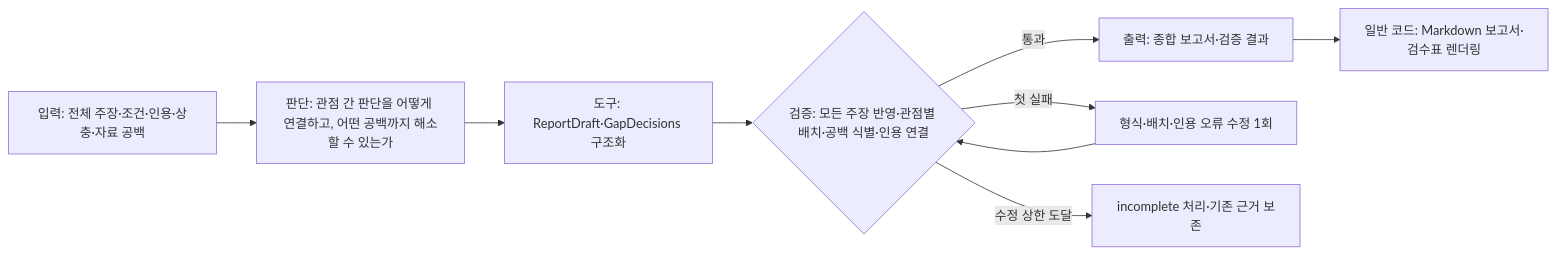
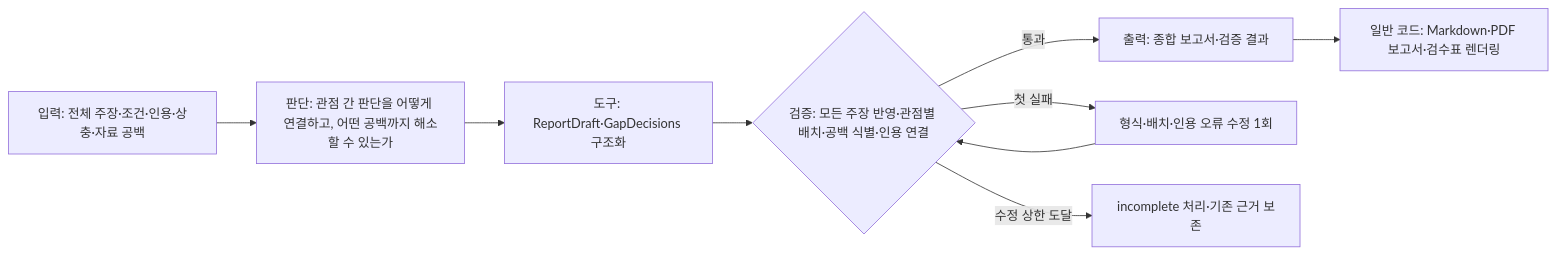
Before and after one commit to pbjuni1007-cmyk/skala-rag-project: the fifth of 7 diagrams in docs/design-report.md, drawn with Mermaid. The commit also changed other lines of this file and 3 other files, not shown here.

````diff
--- a/docs/design-report.md
+++ b/docs/design-report.md
@@ -152,11 +152,11 @@
 ```mermaid
 flowchart LR
     I["입력: 전체 주장·조건·인용·상충·자료 공백"] --> J["판단: 관점 간 판단을 어떻게 연결하고, 어떤 공백까지 해소할 수 있는가"]
     J --> D["도구: ReportDraft·GapDecisions 구조화"]
     D --> V{"검증: 모든 주장 반영·관점별 배치·공백 식별·인용 연결"}
     V -->|통과| O["출력: 종합 보고서·검증 결과"]
     V -->|첫 실패| R["형식·배치·인용 오류 수정 1회"]
     R --> V
     V -->|수정 상한 도달| F["incomplete 처리·기존 근거 보존"]
-    O --> M["일반 코드: Markdown 보고서·검수표 렌더링"]
+    O --> M["일반 코드: Markdown·PDF 보고서·검수표 렌더링"]
 ```
````
